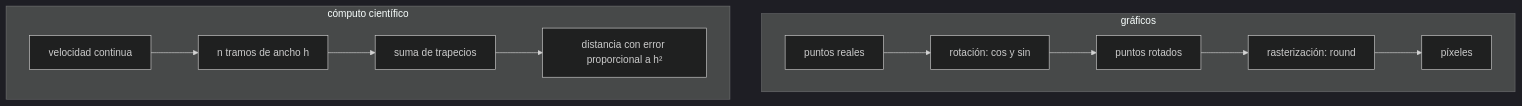
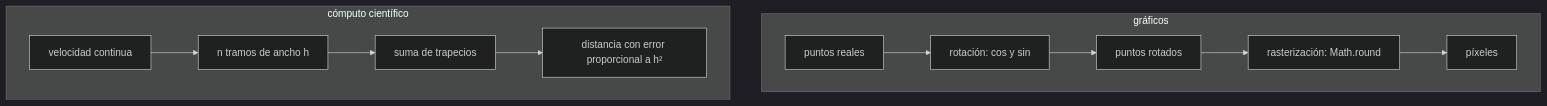
One commit to NICORUIZ93/The_Imperial_Book changed the fifth of 6 diagrams in web/public/content/foundations/modulo-7.md. Above: the diagram before and after it, drawn with Mermaid (dark theme). The commit also changed other lines of this file and 1 other file, not shown here.

````diff
--- a/web/public/content/foundations/modulo-7.md
+++ b/web/public/content/foundations/modulo-7.md
@@ -1407,9 +1557,9 @@
 ```mermaid
 flowchart TB
     subgraph G["gráficos"]
-        P["puntos reales"] --> R["rotación: cos y sin"] --> Q["puntos rotados"] --> X["rasterización: round"] --> PX["píxeles"]
+        P["puntos reales"] --> R["rotación: cos y sin"] --> Q["puntos rotados"] --> X["rasterización: Math.round"] --> PX["píxeles"]
     end
     subgraph C["cómputo científico"]
         V["velocidad continua"] --> T["n tramos de ancho h"] --> A["suma de trapecios"] --> E["distancia con error proporcional a h²"]
     end
 ```
````
